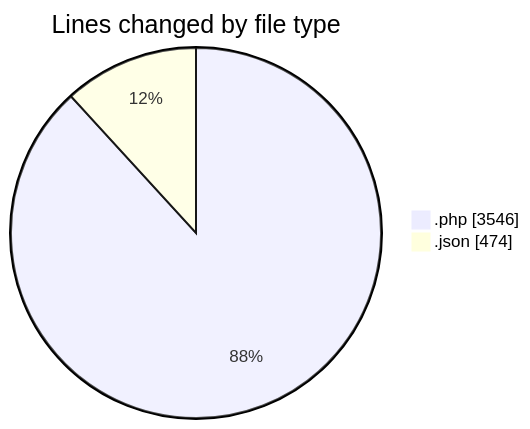
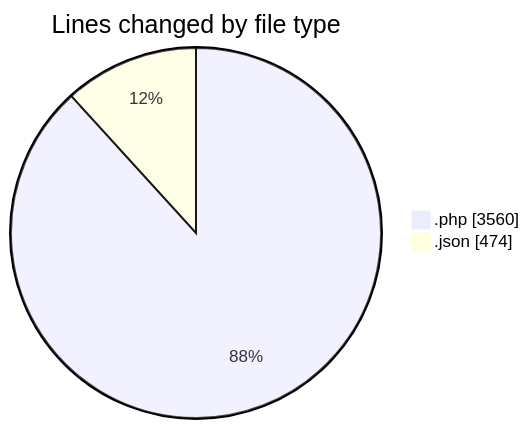
The first of 2 diagrams in 2025-06-16/studio-backend/README.md (idhammustaqopulfikri/code-tracking), drawn with Mermaid before and after one commit. The commit also changed other lines of this file and 1 other file, not shown here.

````diff
--- a/2025-06-16/studio-backend/README.md
+++ b/2025-06-16/studio-backend/README.md
@@ -36,6 +36,6 @@
 ```mermaid
 pie showData
 title Lines changed by file type
-".php" : 3546
+".php" : 3560
 ".json" : 474
 ```
````
